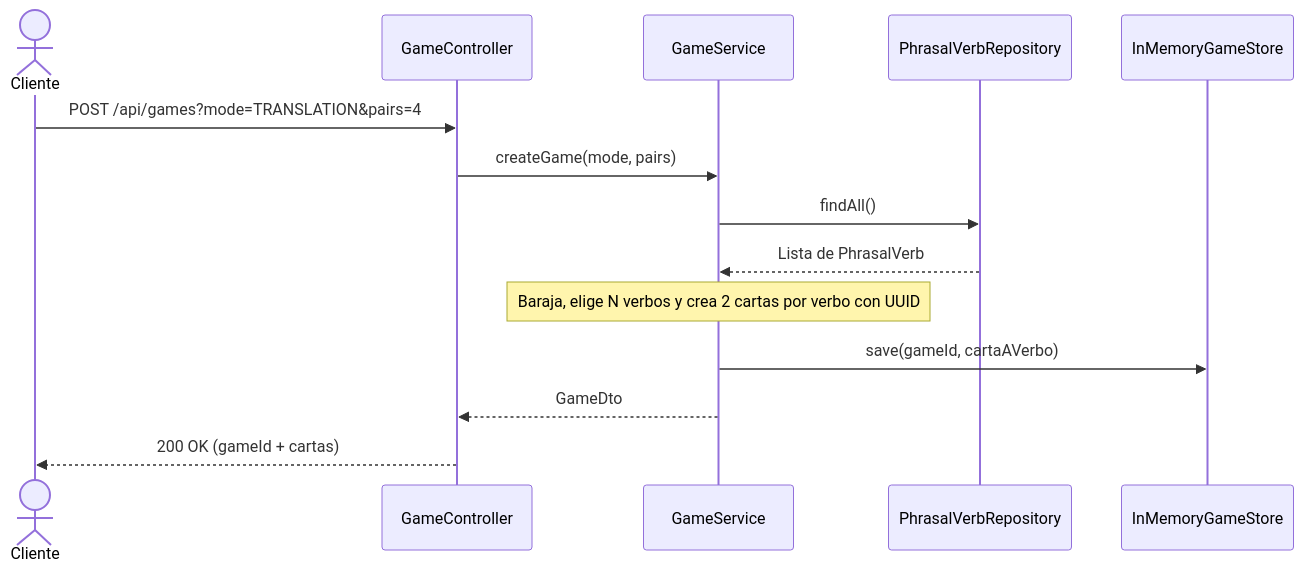
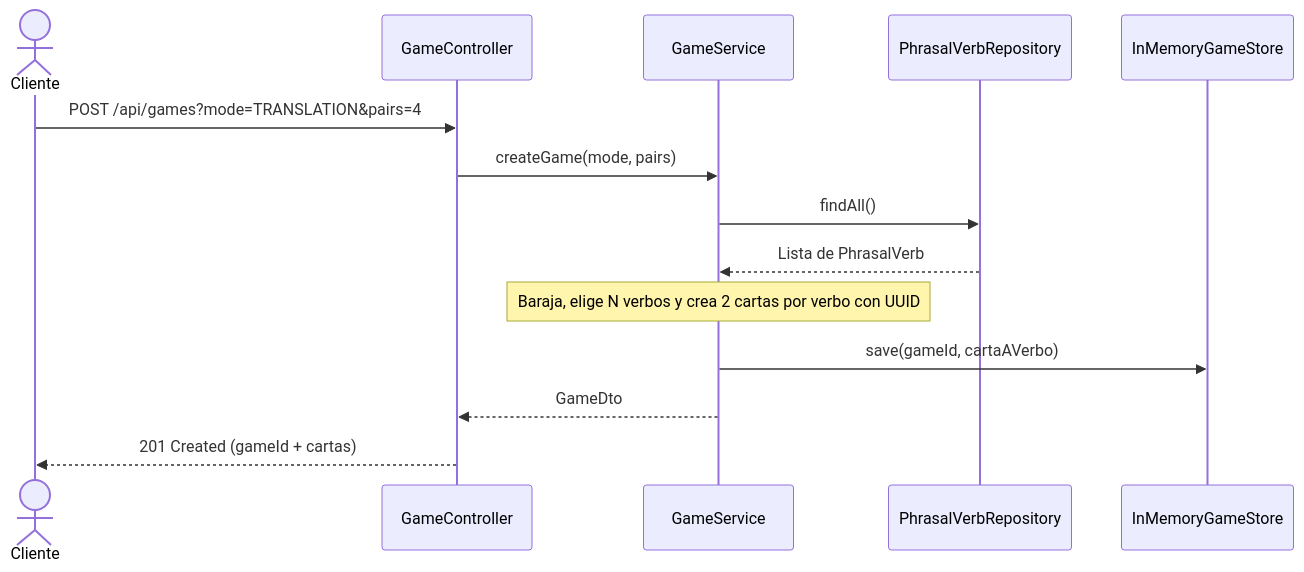
The first of 3 diagrams in README.md (BryanDZV/PhrasalVerb_Backend), drawn with Mermaid before and after one commit. The commit also changed other lines of this file, not shown here.

Commit message:
docs: update README with CORS and game board

````diff
--- a/README.md
+++ b/README.md
@@ -123,17 +132,17 @@
 ```mermaid
 sequenceDiagram
     actor Cliente
     participant Controller as GameController
     participant Service as GameService
     participant Repo as PhrasalVerbRepository
     participant Store as InMemoryGameStore
 
     Cliente->>Controller: POST /api/games?mode=TRANSLATION&pairs=4
     Controller->>Service: createGame(mode, pairs)
     Service->>Repo: findAll()
     Repo-->>Service: Lista de PhrasalVerb
     Note over Service: Baraja, elige N verbos y crea 2 cartas por verbo con UUID
     Service->>Store: save(gameId, cartaAVerbo)
     Service-->>Controller: GameDto
-    Controller-->>Cliente: 200 OK (gameId + cartas)
+    Controller-->>Cliente: 201 Created (gameId + cartas)
 ```
````
